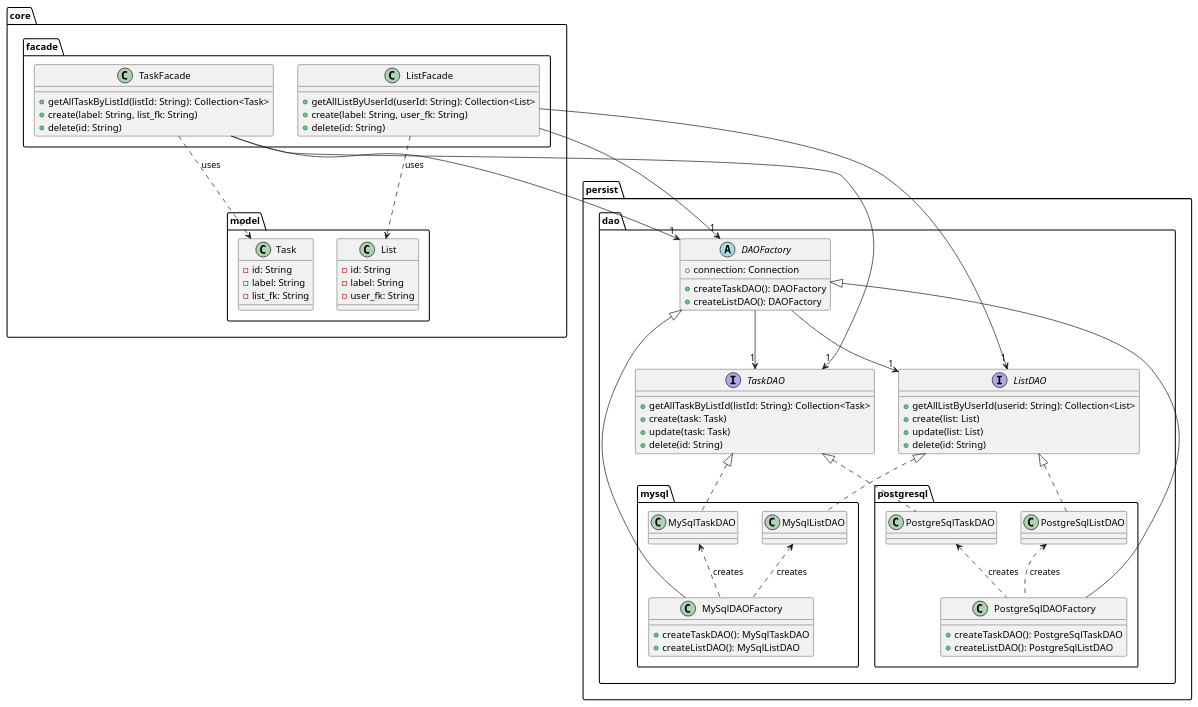
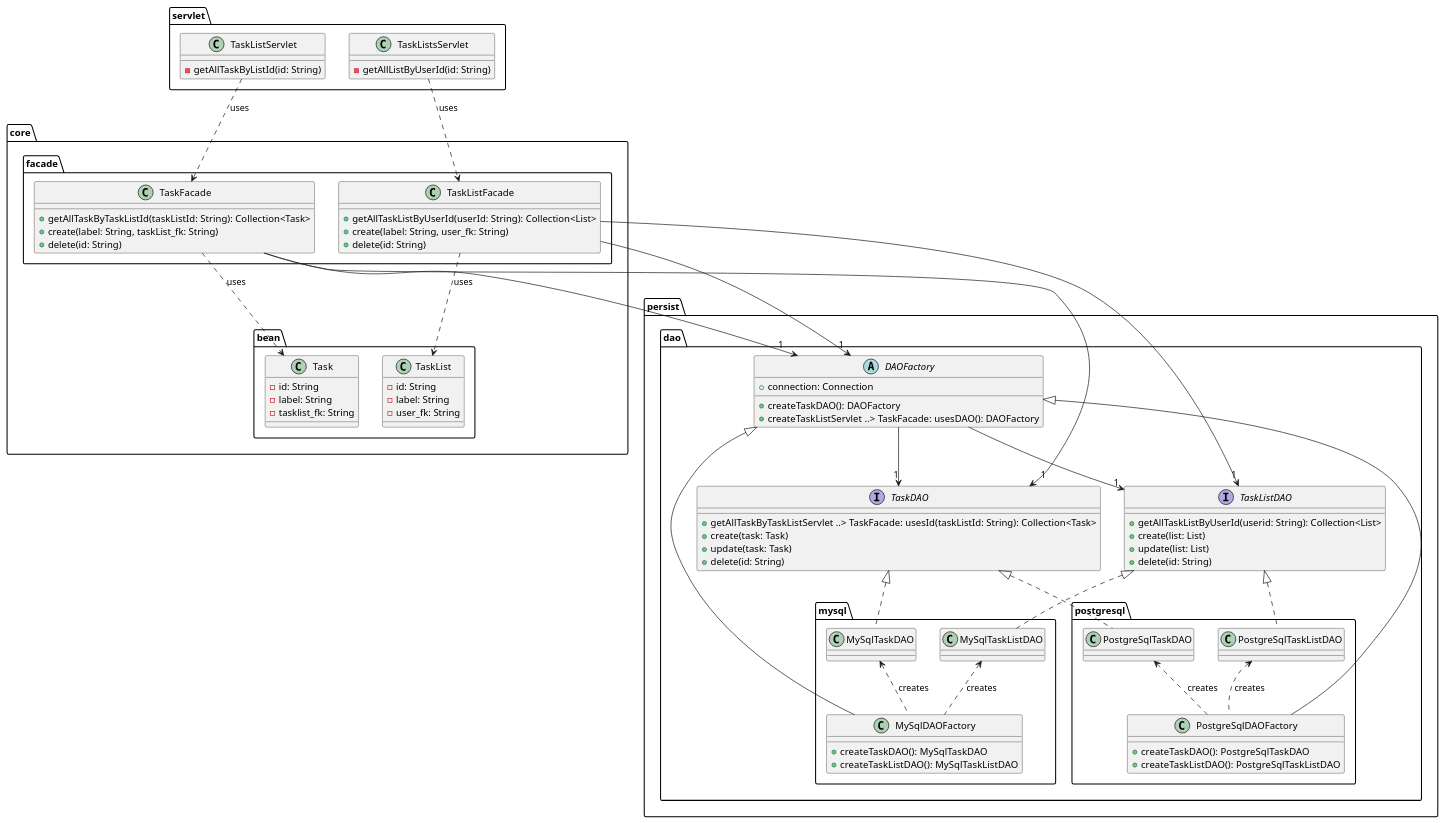
Before and after one commit to Julien-Wiegandt/ToDo_JEE: the diagram in documentation/software_design/todo/todo_class_diagram.puml, drawn with PlantUML. The commit also changed 12 other files, not shown here.

```diff
--- a/documentation/software_design/todo/todo_class_diagram.puml
+++ b/documentation/software_design/todo/todo_class_diagram.puml
@@ -1,95 +1,107 @@
 @startuml
 
 package persist{
     package dao{
         abstract class DAOFactory{
             + connection: Connection
             + createTaskDAO(): DAOFactory
-            + createListDAO(): DAOFactory
+            + createTaskListServlet ..> TaskFacade: usesDAO(): DAOFactory
         }
         interface TaskDAO{
-            + getAllTaskByListId(listId: String): Collection<Task>
+            + getAllTaskByTaskListServlet ..> TaskFacade: usesId(taskListId: String): Collection<Task>
             + create(task: Task)
             + update(task: Task)
             + delete(id: String)
         }
-        interface ListDAO{
-            + getAllListByUserId(userid: String): Collection<List>
+        interface TaskListDAO{
+            + getAllTaskListByUserId(userid: String): Collection<List>
             + create(list: List)
             + update(list: List)
             + delete(id: String)
         }
         package mysql{
             class MySqlDAOFactory{
                 + createTaskDAO(): MySqlTaskDAO
-                + createListDAO(): MySqlListDAO
+                + createTaskListDAO(): MySqlTaskListDAO
             }
             class MySqlTaskDAO{}
-            class MySqlListDAO{}
+            class MySqlTaskListDAO{}
         }
         package postgresql{
             class PostgreSqlDAOFactory{
                 + createTaskDAO(): PostgreSqlTaskDAO
-                + createListDAO(): PostgreSqlListDAO
+                + createTaskListDAO(): PostgreSqlTaskListDAO
             }
             class PostgreSqlTaskDAO{}
-            class PostgreSqlListDAO{}
+            class PostgreSqlTaskListDAO{}
         }
     }
 }
 
 package core{
     package facade{
         class TaskFacade{
-            + getAllTaskByListId(listId: String): Collection<Task>
-            + create(label: String, list_fk: String)
+            + getAllTaskByTaskListId(taskListId: String): Collection<Task>
+            + create(label: String, taskList_fk: String)
             + delete(id: String)
         }
-        class ListFacade{
-            + getAllListByUserId(userId: String): Collection<List>
+        class TaskListFacade{
+            + getAllTaskListByUserId(userId: String): Collection<List>
             + create(label: String, user_fk: String)
             + delete(id: String)
         }
     }
-    package model{
+    package bean{
         class Task{
             - id: String
             - label: String
-            - list_fk: String
+            - tasklist_fk: String
         }
-        class List{
+        class TaskList{
             - id: String
             - label: String
             - user_fk: String
         }
     }
 }
 
+package servlet{
+    class TaskListServlet{
+        - getAllTaskByListId(id: String)
+    }
+    class TaskListsServlet{
+        - getAllListByUserId(id: String)
+    }
+}
+
 DAOFactory <|-- MySqlDAOFactory
 DAOFactory <|-- PostgreSqlDAOFactory
 
 DAOFactory --> "1" TaskDAO
-DAOFactory --> "1" ListDAO
+DAOFactory --> "1" TaskListDAO
 
 TaskDAO <|.. MySqlTaskDAO
-ListDAO <|.. MySqlListDAO
+TaskListDAO <|.. MySqlTaskListDAO
 
 MySqlTaskDAO <.. MySqlDAOFactory: creates
-MySqlListDAO <.. MySqlDAOFactory: creates
+MySqlTaskListDAO <.. MySqlDAOFactory: creates
 
 PostgreSqlTaskDAO <.. PostgreSqlDAOFactory: creates
-PostgreSqlListDAO <.. PostgreSqlDAOFactory: creates
+PostgreSqlTaskListDAO <.. PostgreSqlDAOFactory: creates
 
 TaskDAO <|.. PostgreSqlTaskDAO
-ListDAO <|.. PostgreSqlListDAO
+TaskListDAO <|.. PostgreSqlTaskListDAO
 
 TaskFacade ..> Task: uses
-ListFacade ..> List: uses
+TaskListFacade ..> TaskList: uses
 
 TaskFacade --> "1" DAOFactory
-ListFacade --> "1" DAOFactory
+TaskListFacade --> "1" DAOFactory
 
 TaskFacade --> "1" TaskDAO
-ListFacade --> "1" ListDAO
+TaskListFacade --> "1" TaskListDAO
+
+TaskListServlet ..> TaskFacade: uses
+TaskListsServlet ..> TaskListFacade: uses
 
 @enduml
```
